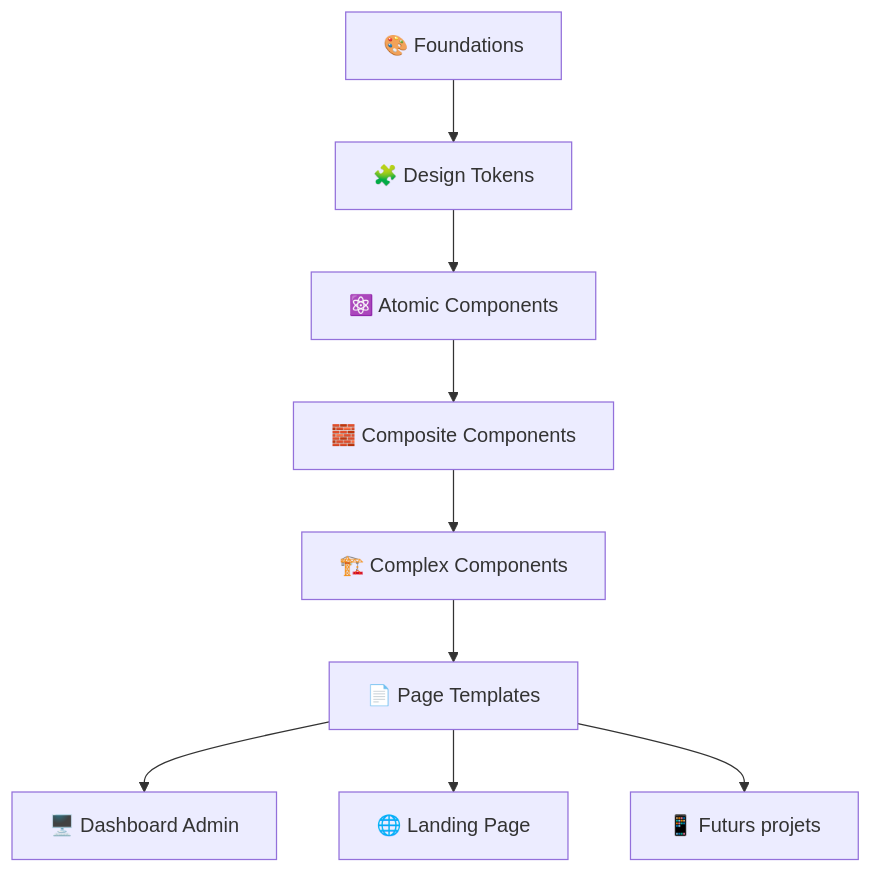
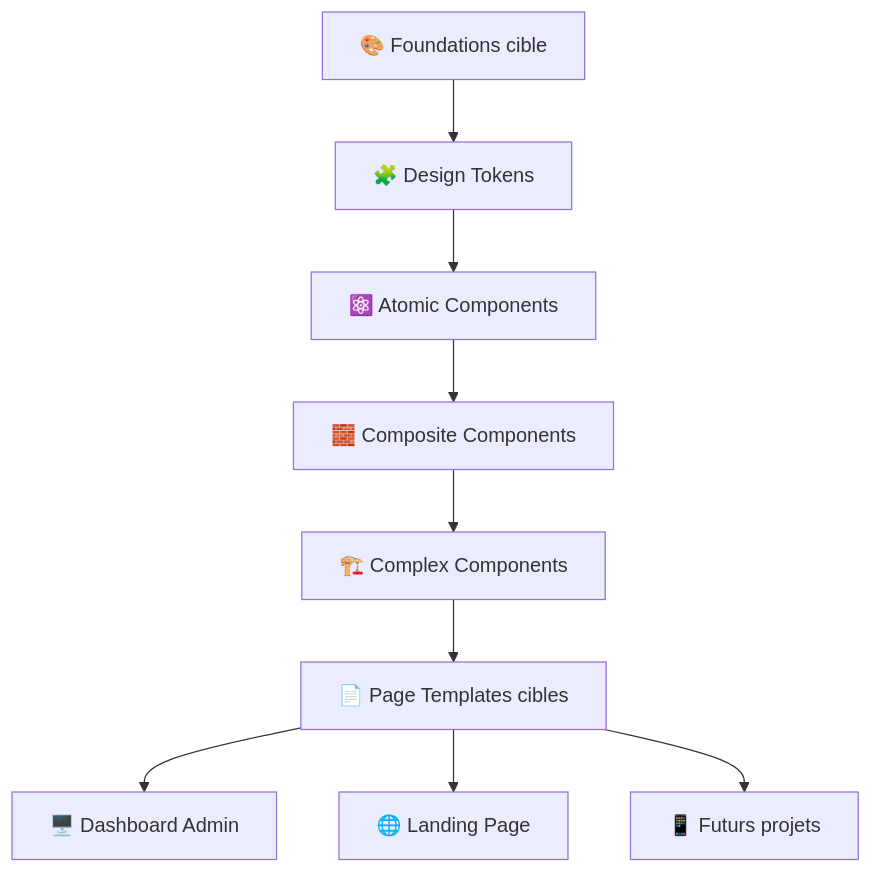
Before and after one commit to Matthieu-Vachet/dashboard_Admin: the first of 37 diagrams in docs/codex/Tome 1 — Foundation (Fondations)/DOC-010-design-system-overview.md, drawn with Mermaid. The commit also changed other lines of this file and 76 other files, not shown here.

First line of the commit message:
feat(trainer-pokemon): implement trainer Pokémon references, repository, and schema

````diff
--- a/docs/codex/Tome 1 — Foundation (Fondations)/DOC-010-design-system-overview.md
+++ b/docs/codex/Tome 1 — Foundation (Fondations)/DOC-010-design-system-overview.md
@@ -356,21 +370,21 @@
 ```mermaid
 flowchart TD
 
-A[🎨 Foundations]
+A[🎨 Foundations cible]
 
 A --> B[🧩 Design Tokens]
 
 B --> C[⚛️ Atomic Components]
 
 C --> D[🧱 Composite Components]
 
 D --> E[🏗️ Complex Components]
 
-E --> F[📄 Page Templates]
+E --> F[📄 Page Templates cibles]
 
 F --> G[🖥️ Dashboard Admin]
 
 F --> H[🌐 Landing Page]
 
 F --> I[📱 Futurs projets]
 ```
````
